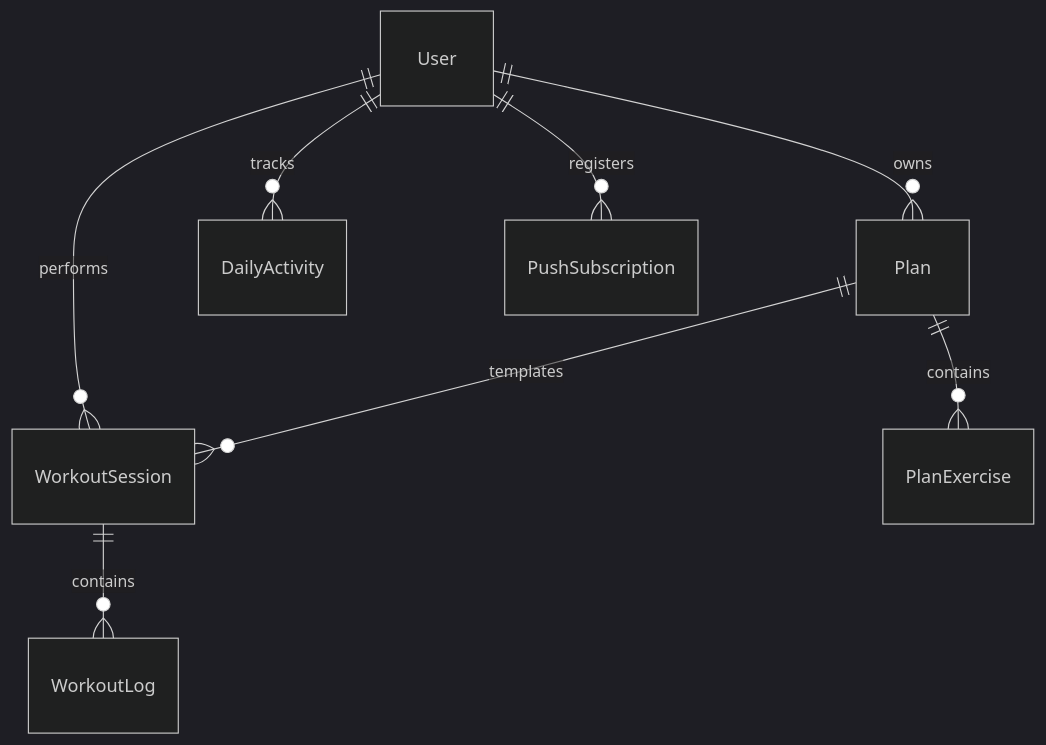
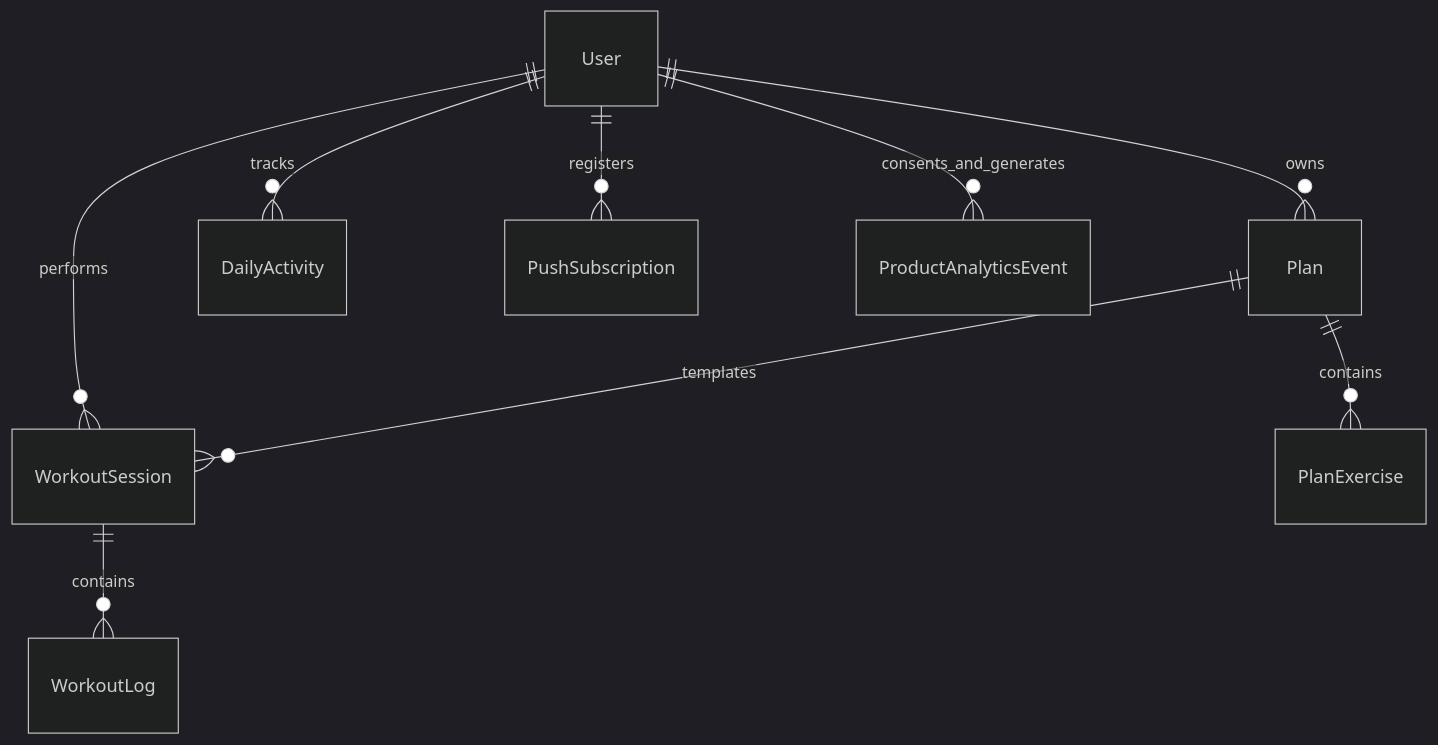
The second of 2 diagrams in DOKUMENTATION.md (isalein2001/Web-architectures), drawn with Mermaid (dark theme) before and after one commit. The commit also changed other lines of this file and 32 other files, not shown here.

````diff
--- a/DOKUMENTATION.md
+++ b/DOKUMENTATION.md
@@ -165,10 +166,11 @@
 ```mermaid
 erDiagram
     User ||--o{ Plan : owns
     User ||--o{ WorkoutSession : performs
     User ||--o{ DailyActivity : tracks
     User ||--o{ PushSubscription : registers
+    User ||--o{ ProductAnalyticsEvent : consents_and_generates
     Plan ||--o{ PlanExercise : contains
     Plan ||--o{ WorkoutSession : templates
     WorkoutSession ||--o{ WorkoutLog : contains
 ```
````
